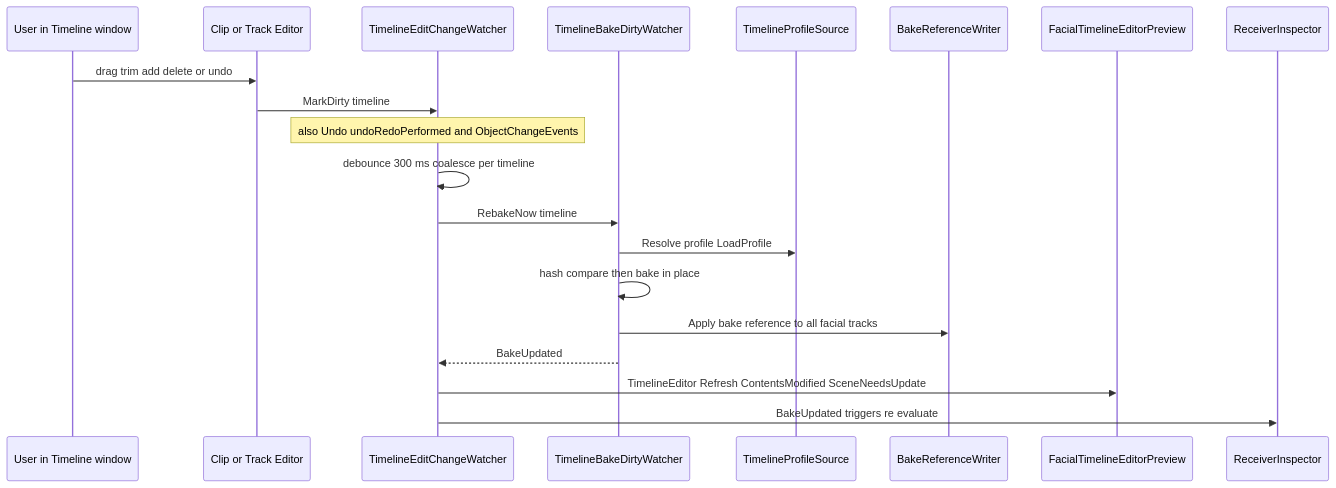
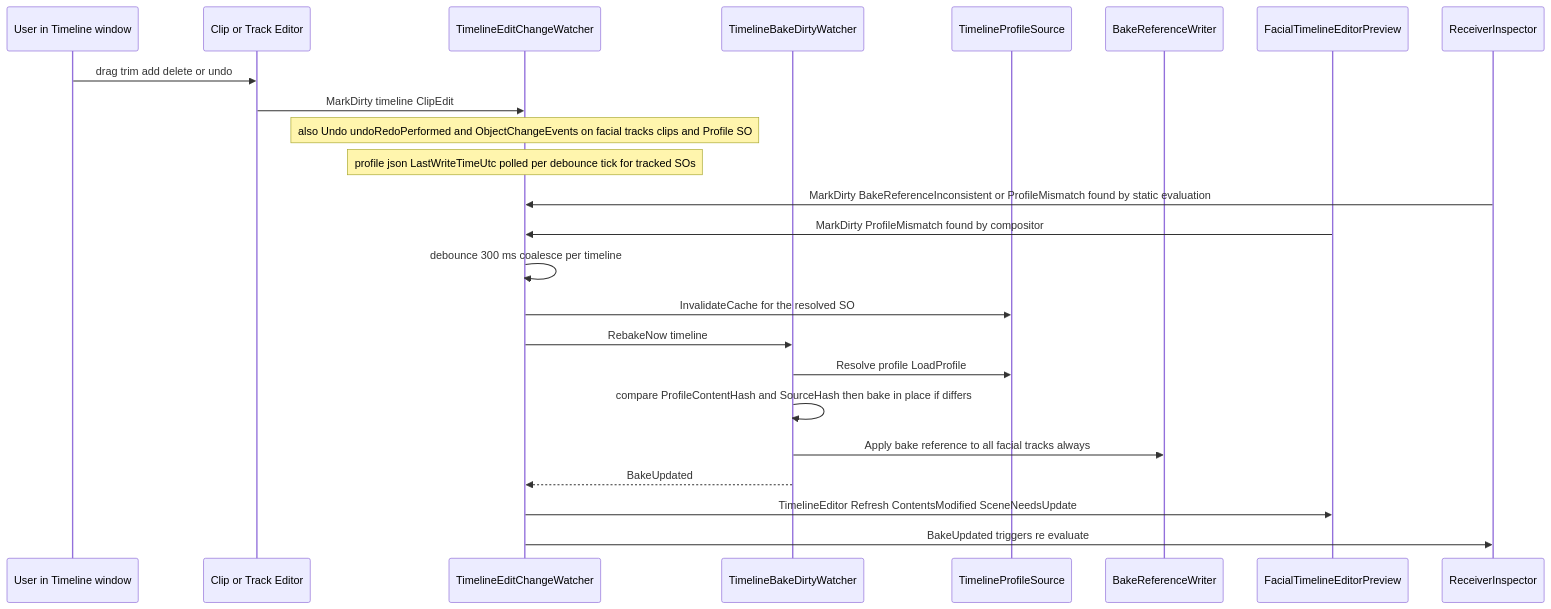
Before and after one commit to Hidano-Dev/FacialControl: the third of 5 diagrams in .kiro/specs/timeline-playback-ux/design.md, drawn with Mermaid. The commit also changed other lines of this file and 2 other files, not shown here.

First line of the commit message:
timeline-playback-ux の design を validate-design 1 回目の指摘で改訂 (HID-144)

````diff
--- a/.kiro/specs/timeline-playback-ux/design.md
+++ b/.kiro/specs/timeline-playback-ux/design.md
@@ -320,23 +341,27 @@
 ```mermaid
 sequenceDiagram
     participant U as User in Timeline window
     participant CE as Clip or Track Editor
     participant W as TimelineEditChangeWatcher
     participant DW as TimelineBakeDirtyWatcher
     participant PS as TimelineProfileSource
     participant BW as BakeReferenceWriter
     participant P as FacialTimelineEditorPreview
     participant I as ReceiverInspector
 
     U->>CE: drag trim add delete or undo
-    CE->>W: MarkDirty timeline
-    Note over W: also Undo undoRedoPerformed and ObjectChangeEvents
+    CE->>W: MarkDirty timeline ClipEdit
+    Note over W: also Undo undoRedoPerformed and ObjectChangeEvents on facial tracks clips and Profile SO
+    Note over W: profile json LastWriteTimeUtc polled per debounce tick for tracked SOs
+    I->>W: MarkDirty BakeReferenceInconsistent or ProfileMismatch found by static evaluation
+    P->>W: MarkDirty ProfileMismatch found by compositor
     W->>W: debounce 300 ms coalesce per timeline
+    W->>PS: InvalidateCache for the resolved SO
     W->>DW: RebakeNow timeline
     DW->>PS: Resolve profile LoadProfile
-    DW->>DW: hash compare then bake in place
-    DW->>BW: Apply bake reference to all facial tracks
+    DW->>DW: compare ProfileContentHash and SourceHash then bake in place if differs
+    DW->>BW: Apply bake reference to all facial tracks always
     DW-->>W: BakeUpdated
     W->>P: TimelineEditor Refresh ContentsModified SceneNeedsUpdate
     W->>I: BakeUpdated triggers re evaluate
 ```
````
